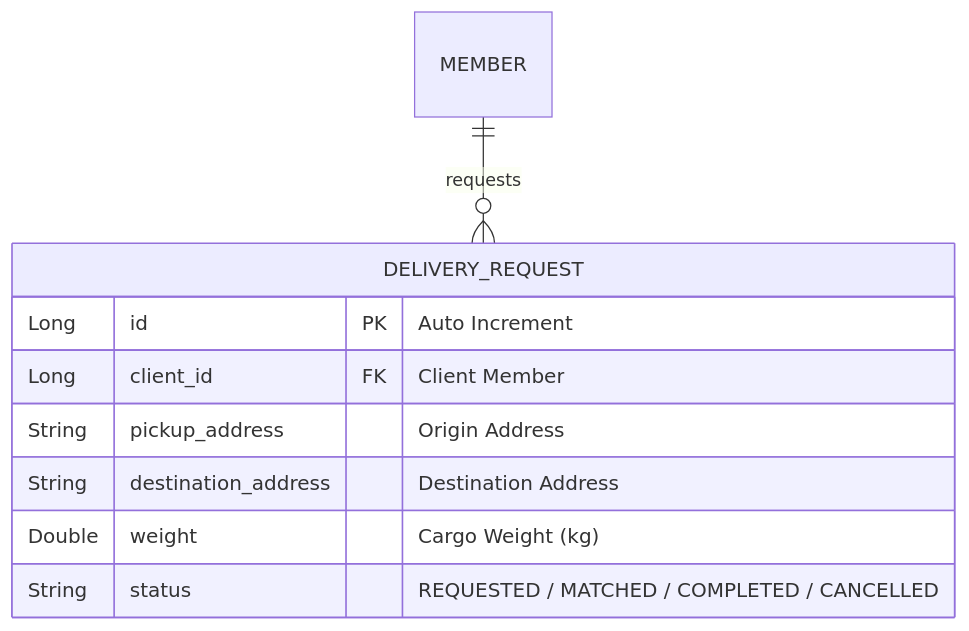
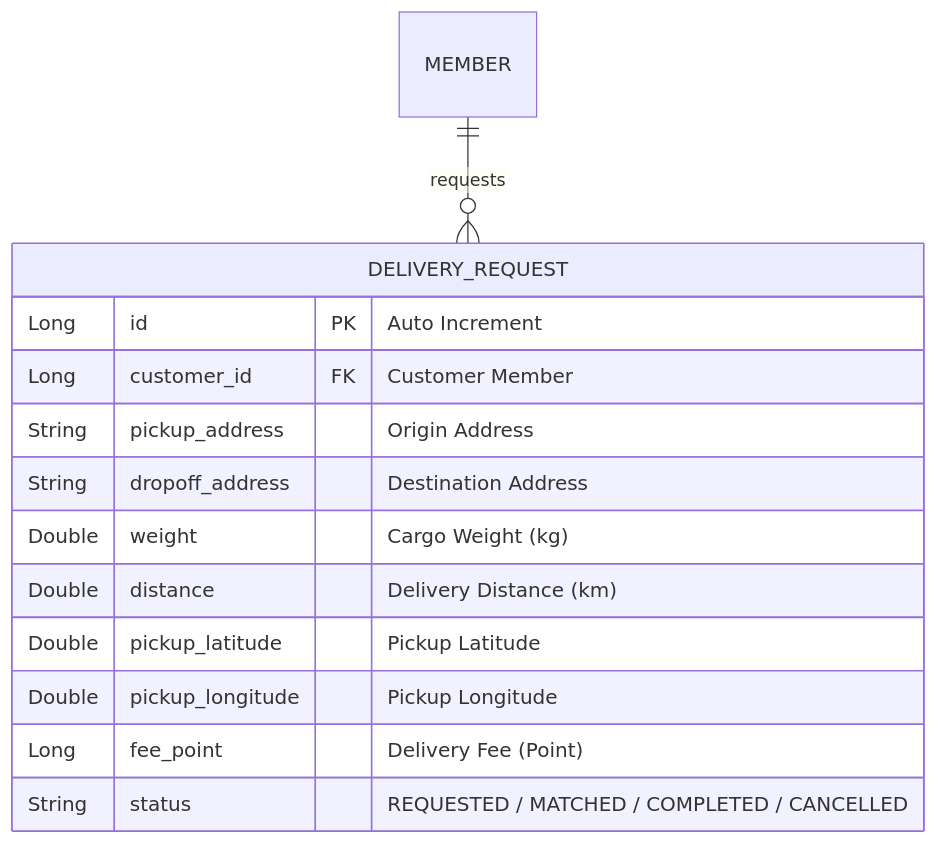
Before and after one commit to ShinhanDSProject/shinhan-delivery: the diagram in docs/design/delivery-request-design.md, drawn with Mermaid. The commit also changed other lines of this file and 7 other files, not shown here.

````diff
--- a/docs/design/delivery-request-design.md
+++ b/docs/design/delivery-request-design.md
@@ -20,12 +20,16 @@
 ```mermaid
 erDiagram
     MEMBER ||--o{ DELIVERY_REQUEST : "requests"
     DELIVERY_REQUEST {
         Long id PK "Auto Increment"
-        Long client_id FK "Client Member"
+        Long customer_id FK "Customer Member"
         String pickup_address "Origin Address"
-        String destination_address "Destination Address"
+        String dropoff_address "Destination Address"
         Double weight "Cargo Weight (kg)"
+        Double distance "Delivery Distance (km)"
+        Double pickup_latitude "Pickup Latitude"
+        Double pickup_longitude "Pickup Longitude"
+        Long fee_point "Delivery Fee (Point)"
         String status "REQUESTED / MATCHED / COMPLETED / CANCELLED"
     }
 ```
````
